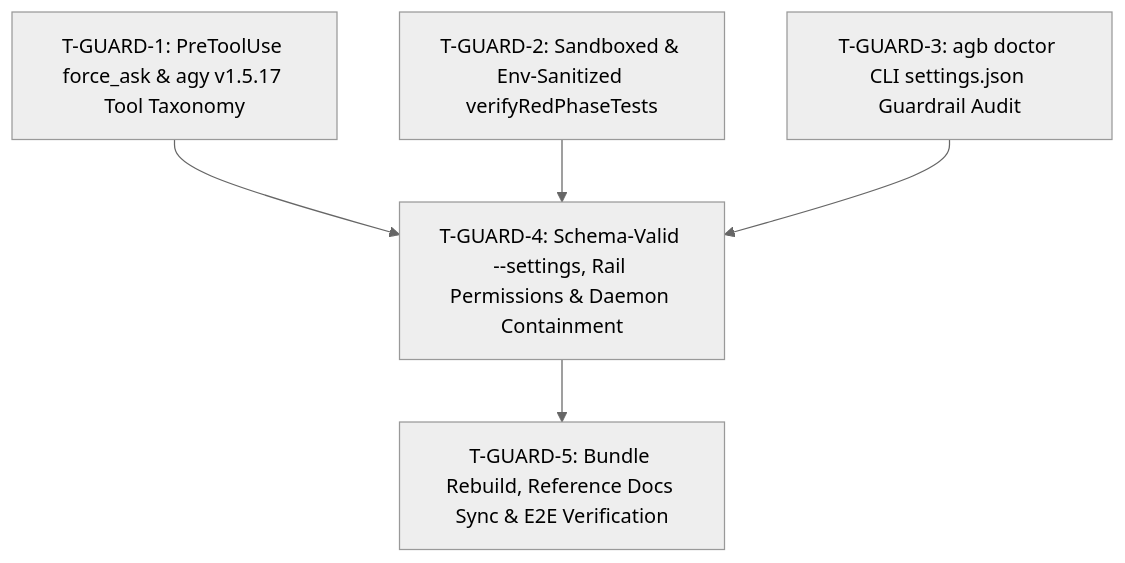
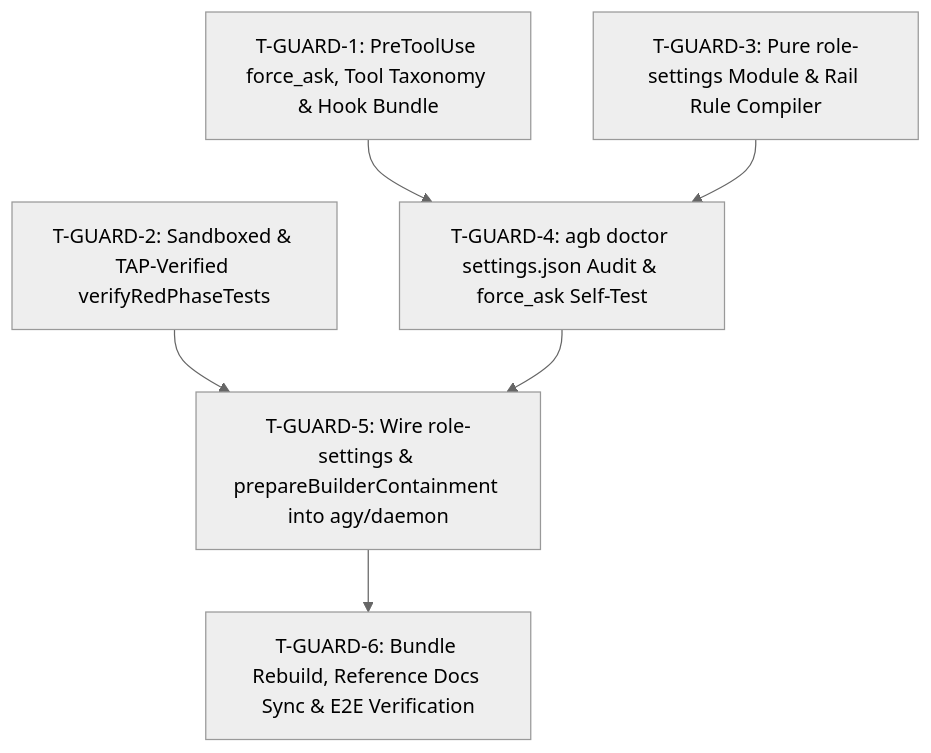
The diagram in specs/native-agy-guardrails-spec.md (voodootikigod/antigravity-booster), drawn with Mermaid (neutral theme) before and after one commit. The commit also changed other lines of this file, not shown here.

Commit message:
docs(spec): harden native-agy-guardrails-spec after Plan ARL round 1

````diff
--- a/specs/native-agy-guardrails-spec.md
+++ b/specs/native-agy-guardrails-spec.md
@@ -36,7 +39,8 @@
 ```mermaid
 graph TD
-  T-GUARD-1["T-GUARD-1: PreToolUse force_ask & agy v1.5.17 Tool Taxonomy"] --> T-GUARD-4["T-GUARD-4: Schema-Valid --settings, Rail Permissions & Daemon Containment"]
-  T-GUARD-2["T-GUARD-2: Sandboxed & Env-Sanitized verifyRedPhaseTests"] --> T-GUARD-4
-  T-GUARD-3["T-GUARD-3: agb doctor CLI settings.json Guardrail Audit"] --> T-GUARD-4
-  T-GUARD-4 --> T-GUARD-5["T-GUARD-5: Bundle Rebuild, Reference Docs Sync & E2E Verification"]
+  T-GUARD-1["T-GUARD-1: PreToolUse force_ask, Tool Taxonomy & Hook Bundle"] --> T-GUARD-4["T-GUARD-4: agb doctor settings.json Audit & force_ask Self-Test"]
+  T-GUARD-3["T-GUARD-3: Pure role-settings Module & Rail Rule Compiler"] --> T-GUARD-4
+  T-GUARD-2["T-GUARD-2: Sandboxed & TAP-Verified verifyRedPhaseTests"] --> T-GUARD-5["T-GUARD-5: Wire role-settings & prepareBuilderContainment into agy/daemon"]
+  T-GUARD-4 --> T-GUARD-5
+  T-GUARD-5 --> T-GUARD-6["T-GUARD-6: Bundle Rebuild, Reference Docs Sync & E2E Verification"]
 ```
````
